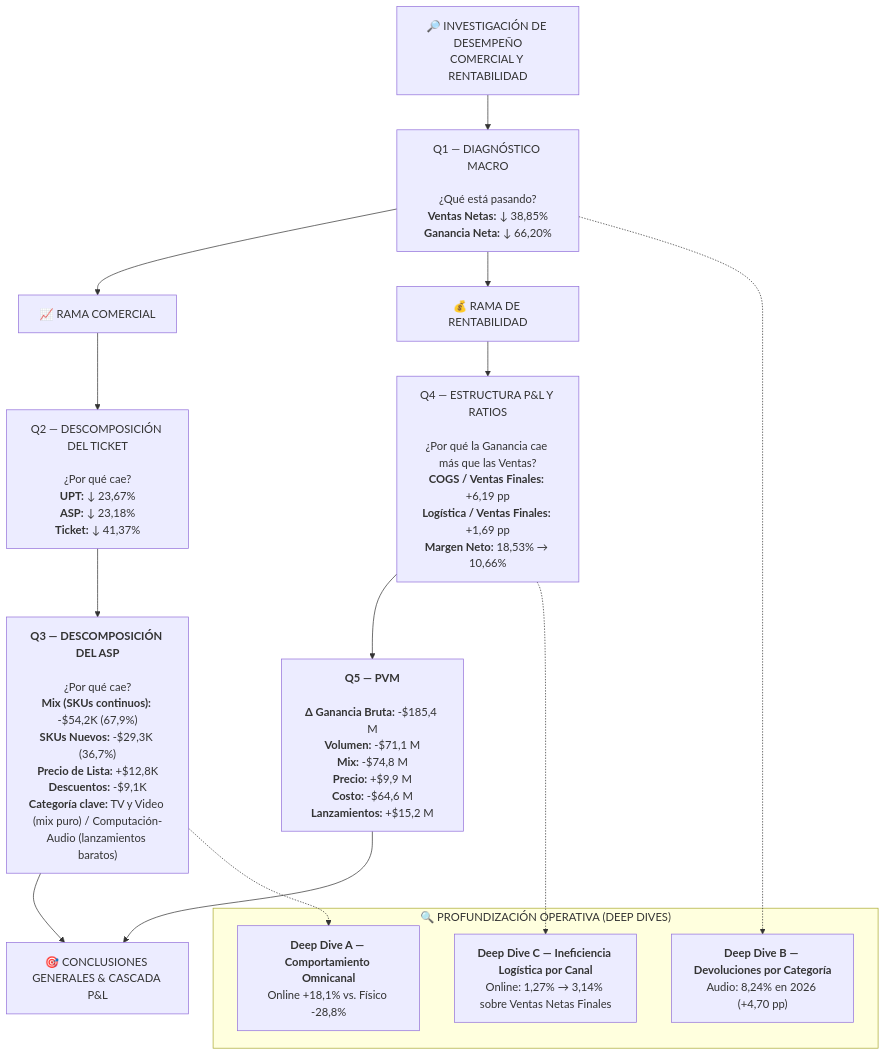
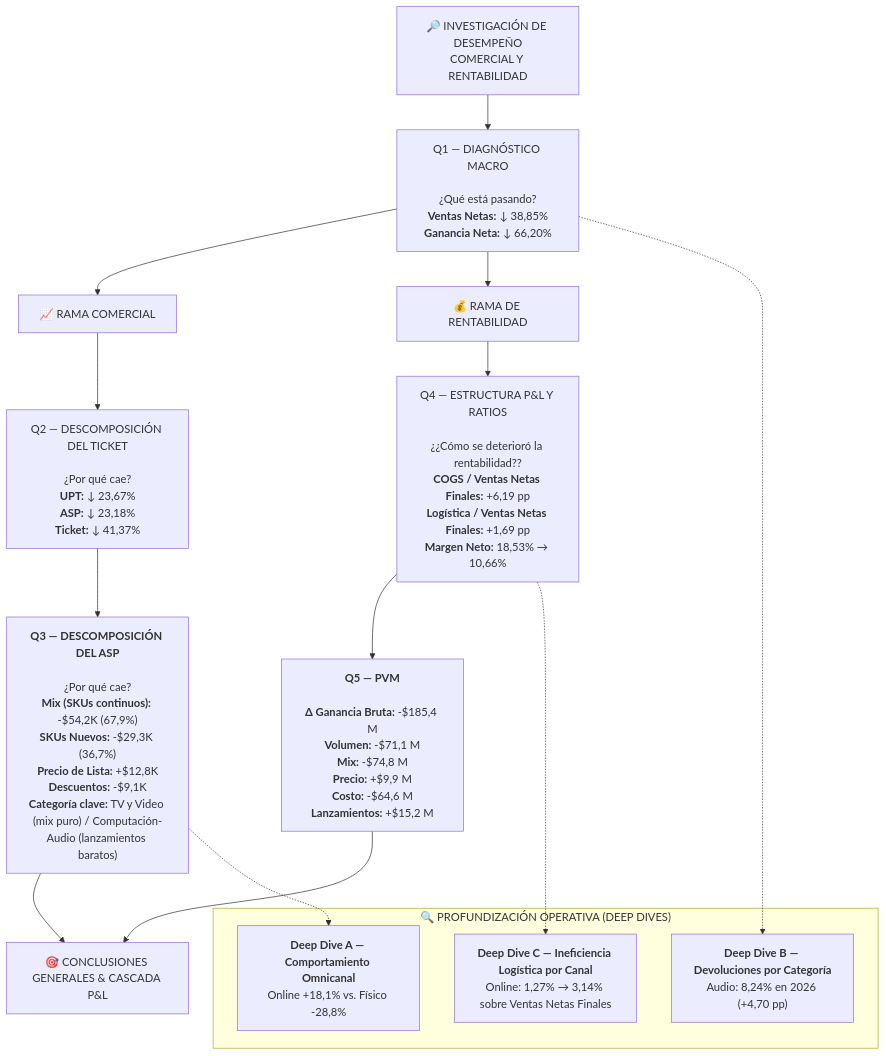
Before and after one commit to manticafacundoelian/dbt_elt_analytics: the diagram in sql_business_analysis/README.md, drawn with Mermaid. The commit also changed other lines of this file, not shown here.

````diff
--- a/sql_business_analysis/README.md
+++ b/sql_business_analysis/README.md
@@ -21,32 +21,32 @@
 ```mermaid
 flowchart TD
     A["🔎 INVESTIGACIÓN DE DESEMPEÑO<br/>COMERCIAL Y RENTABILIDAD"]
 
     A --> B["Q1 — DIAGNÓSTICO MACRO<br/><br/>¿Qué está pasando?<br/><b>Ventas Netas:</b> ↓ 38,85%<br/><b>Ganancia Neta:</b> ↓ 66,20%"]
 
     B --> C["📈 RAMA COMERCIAL"]
     B --> D["💰 RAMA DE RENTABILIDAD"]
 
     C --> C1["Q2 — DESCOMPOSICIÓN DEL TICKET<br/><br/>¿Por qué cae?<br/><b>UPT:</b> ↓ 23,67%<br/><b>ASP:</b> ↓ 23,18%<br/><b>Ticket:</b> ↓ 41,37%"]
 
     C1 --> C2["<b>Q3 — DESCOMPOSICIÓN DEL ASP</b><br/><br/>¿Por qué cae?<br/><b>Mix (SKUs continuos):</b> -$54,2K (67,9%)<br/><b>SKUs Nuevos:</b> -$29,3K (36,7%)<br/><b>Precio de Lista:</b> +$12,8K<br/><b>Descuentos:</b> -$9,1K<br/><b>Categoría clave:</b> TV y Video (mix puro) / Computación-Audio (lanzamientos baratos)"]
 
-    D --> D1["Q4 — ESTRUCTURA P&L Y RATIOS<br/><br/>¿Por qué la Ganancia cae más que las Ventas?<br/><b>COGS / Ventas Finales:</b> +6,19 pp<br/><b>Logística / Ventas Finales:</b> +1,69 pp<br/><b>Margen Neto:</b> 18,53% → 10,66%"]
+    D --> D1["Q4 — ESTRUCTURA P&L Y RATIOS<br/><br/>¿¿Cómo se deterioró la rentabilidad??<br/><b>COGS / Ventas Netas Finales:</b> +6,19 pp<br/><b>Logística / Ventas Netas Finales:</b> +1,69 pp<br/><b>Margen Neto:</b> 18,53% → 10,66%"]
 
     D1 --> D2["<b>Q5 — PVM</b><br/><br/><b>Δ Ganancia Bruta:</b> -$185,4 M<br/><b>Volumen:</b> -$71,1 M<br/><b>Mix:</b> -$74,8 M<br/><b>Precio:</b> +$9,9 M<br/><b>Costo:</b> -$64,6 M<br/><b>Lanzamientos:</b> +$15,2 M"]
 
     C2 --> E["🎯 CONCLUSIONES GENERALES & CASCADA P&L"]
     D2 --> E
 
     subgraph DEEP_DIVES ["🔍 PROFUNDIZACIÓN OPERATIVA (DEEP DIVES)"]
         DDA["<b>Deep Dive A — Comportamiento Omnicanal</b><br/>Online +18,1% vs. Físico -28,8%"]
 
         DDB["<b>Deep Dive B — Devoluciones por Categoría</b><br/>Audio: 8,24% en 2026 (+4,70 pp)"]
  
         DDC["<b>Deep Dive C — Ineficiencia Logística por Canal</b><br/>Online: 1,27% → 3,14% sobre Ventas Netas Finales"]
     end
 
     C2 -.-> DDA
     B -.-> DDB
     D1 -.-> DDC
 ```
````
